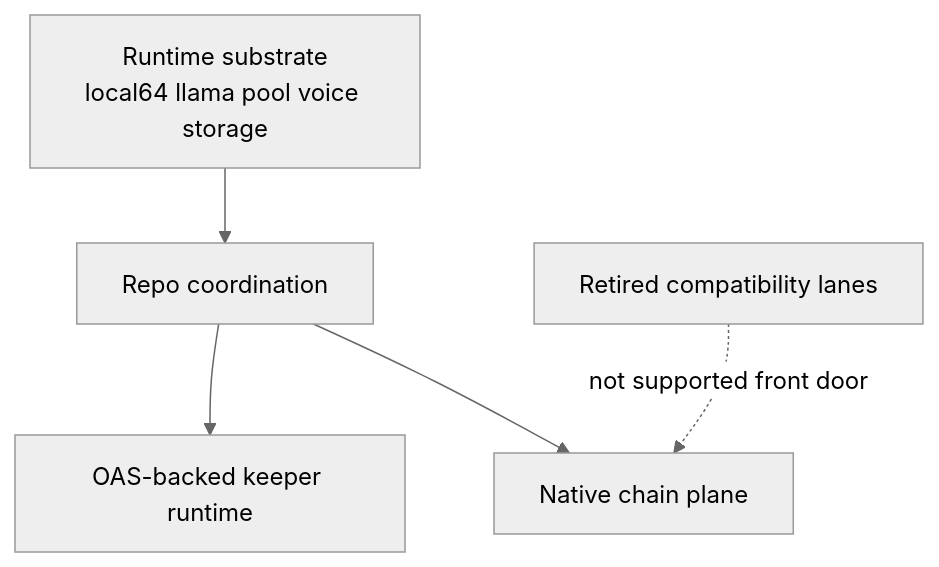
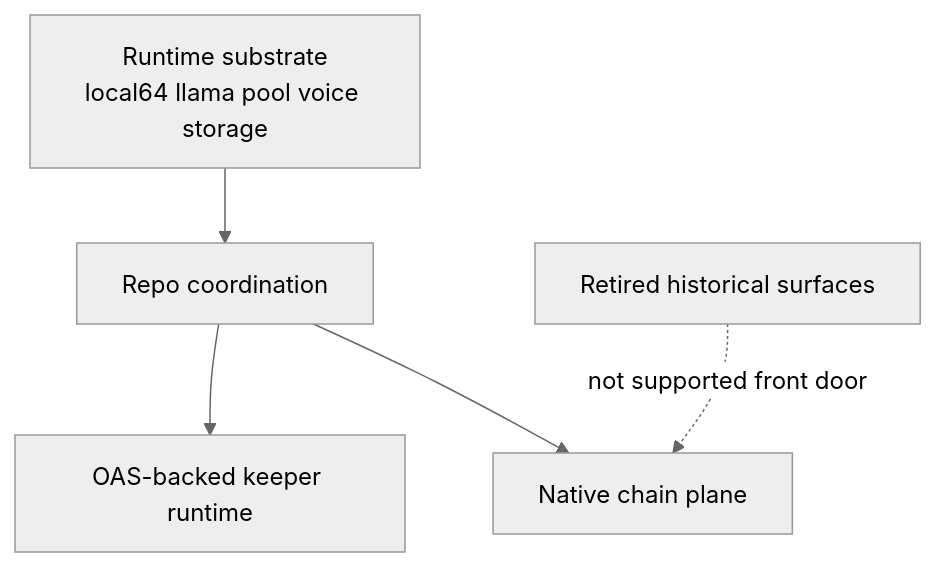
Before and after one commit to jeong-sik/masc: the fourth of 4 diagrams in docs/MCP-SURFACE-AUDIT.md, drawn with Mermaid (neutral theme). The commit also changed other lines of this file and 17 other files, not shown here.

````diff
--- a/docs/MCP-SURFACE-AUDIT.md
+++ b/docs/MCP-SURFACE-AUDIT.md
@@ -126,8 +126,8 @@
 ```mermaid
 flowchart TD
   Runtime[Runtime substrate<br/>local64 llama pool voice storage] --> Coordination[Repo coordination]
   Coordination --> Keeper[OAS-backed keeper runtime]
   Coordination --> Orchestration[Native chain plane]
 
-  Secondary[Retired compatibility lanes] -. not supported front door .-> Orchestration
+  Secondary[Retired historical surfaces] -. not supported front door .-> Orchestration
 ```
````
